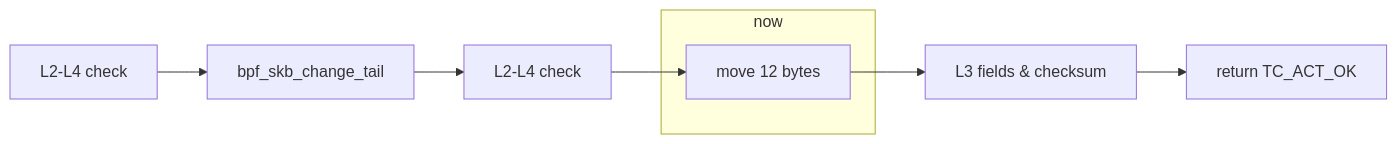
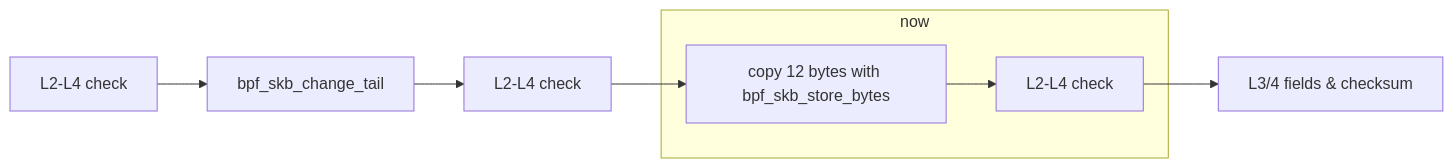
Before and after one commit to myl7/xdptun: the third of 11 diagrams in docs/thesis/pre/slides.md, drawn with Mermaid. The commit also changed other lines of this file and 1 other file, not shown here.

Commit message:
Update process and enhance check in ingress

````diff
--- a/docs/thesis/pre/slides.md
+++ b/docs/thesis/pre/slides.md
@@ -185,7 +182,8 @@
 ```mermaid
 flowchart LR
-  S1[L2-L4 check] --> S2[bpf_skb_change_tail] --> S3[L2-L4 check] --> S4[move 12 bytes] --> S5[L3 fields & checksum] --> S6[return TC_ACT_OK]
+  S1[L2-L4 check] --> S2[bpf_skb_change_tail] --> S3[L2-L4 check] --> S4[copy 12 bytes with bpf_skb_store_bytes] --> S5[L2-L4 check] --> S6[L3/4 fields & checksum]
   subgraph now
     S4
+    S5
   end
 ```
````
